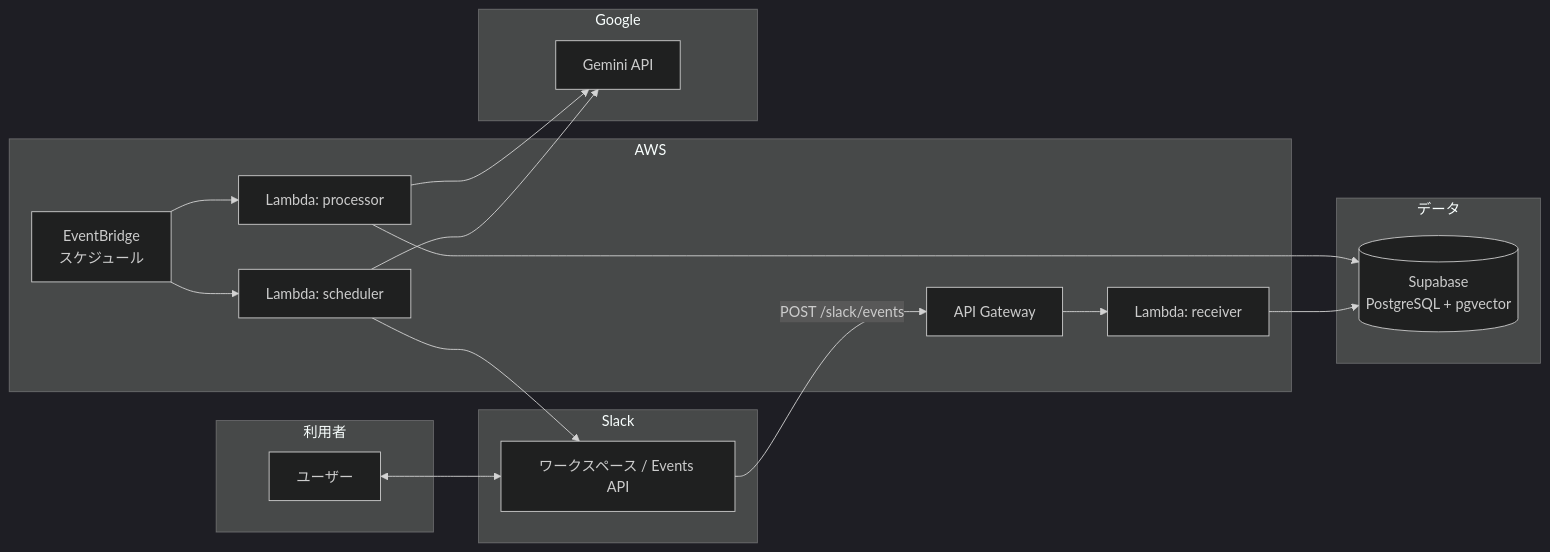
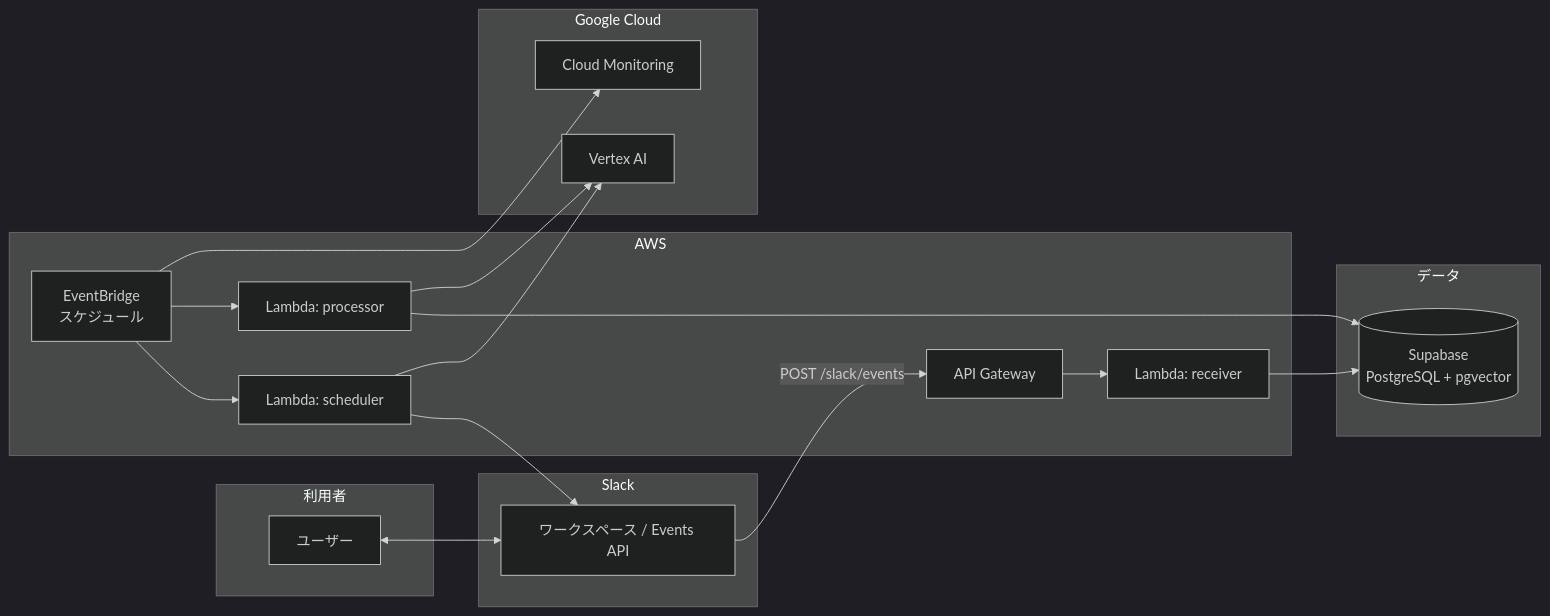
One commit to YoshimuraKoei/koei-clone changed the diagram in README.md. Above: the diagram before and after it, drawn with Mermaid (dark theme). The commit also changed other lines of this file and 12 other files, not shown here.

Commit message:
[add] Vertex AI に変更 & Cloud Monitoring を追加

````diff
--- a/README.md
+++ b/README.md
@@ -55,36 +56,38 @@
 ```mermaid
 flowchart LR
   subgraph users["利用者"]
     U[ユーザー]
   end
 
   subgraph slack["Slack"]
     S[ワークスペース / Events API]
   end
 
   subgraph aws["AWS"]
     APIGW[API Gateway]
     EB[EventBridge<br/>スケジュール]
     R[Lambda: receiver]
     SCH[Lambda: scheduler]
     PRO[Lambda: processor]
   end
 
-  subgraph google["Google"]
-    G[Gemini API]
+  subgraph google["Google Cloud"]
+    G[Vertex AI]
+    M[Cloud Monitoring]
   end
 
   subgraph data["データ"]
     SB[(Supabase<br/>PostgreSQL + pgvector)]
   end
 
   U <--> S
   S -->|POST /slack/events| APIGW --> R
   EB --> SCH
   EB --> PRO
   R --> SB
   SCH --> S
   SCH --> G
   PRO --> SB
   PRO --> G
+  EB --> M
 ```
````
